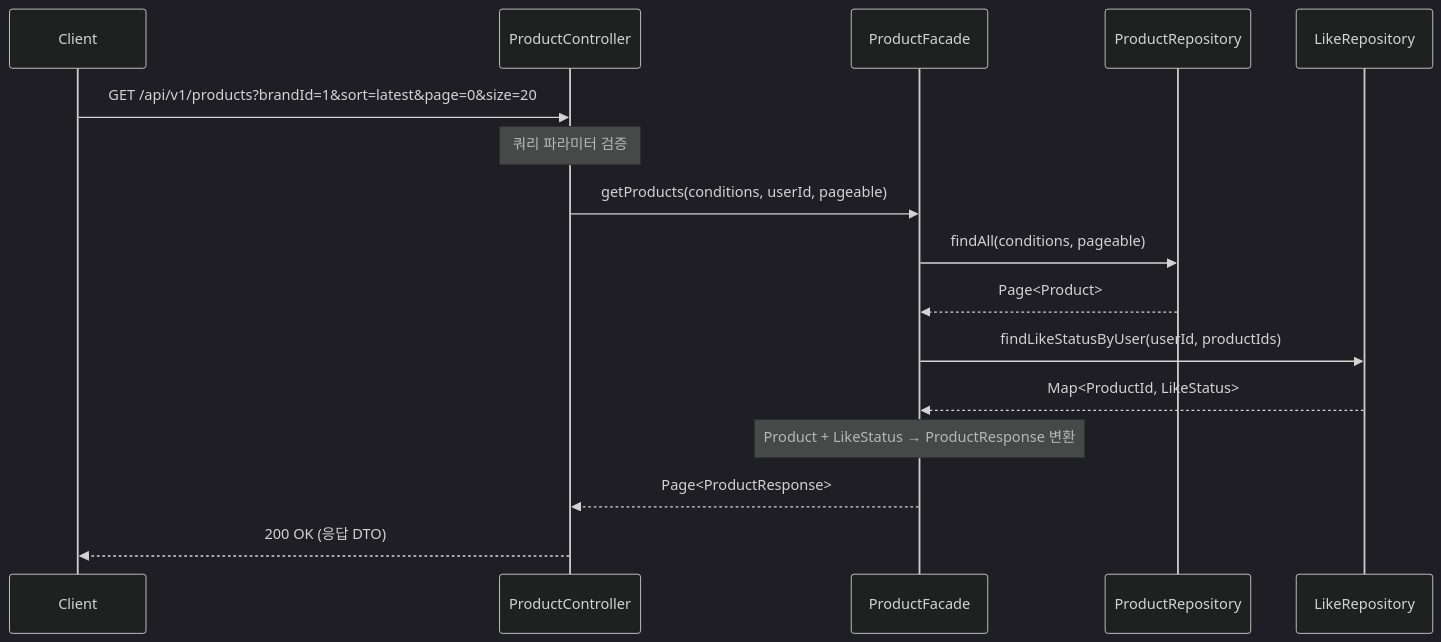
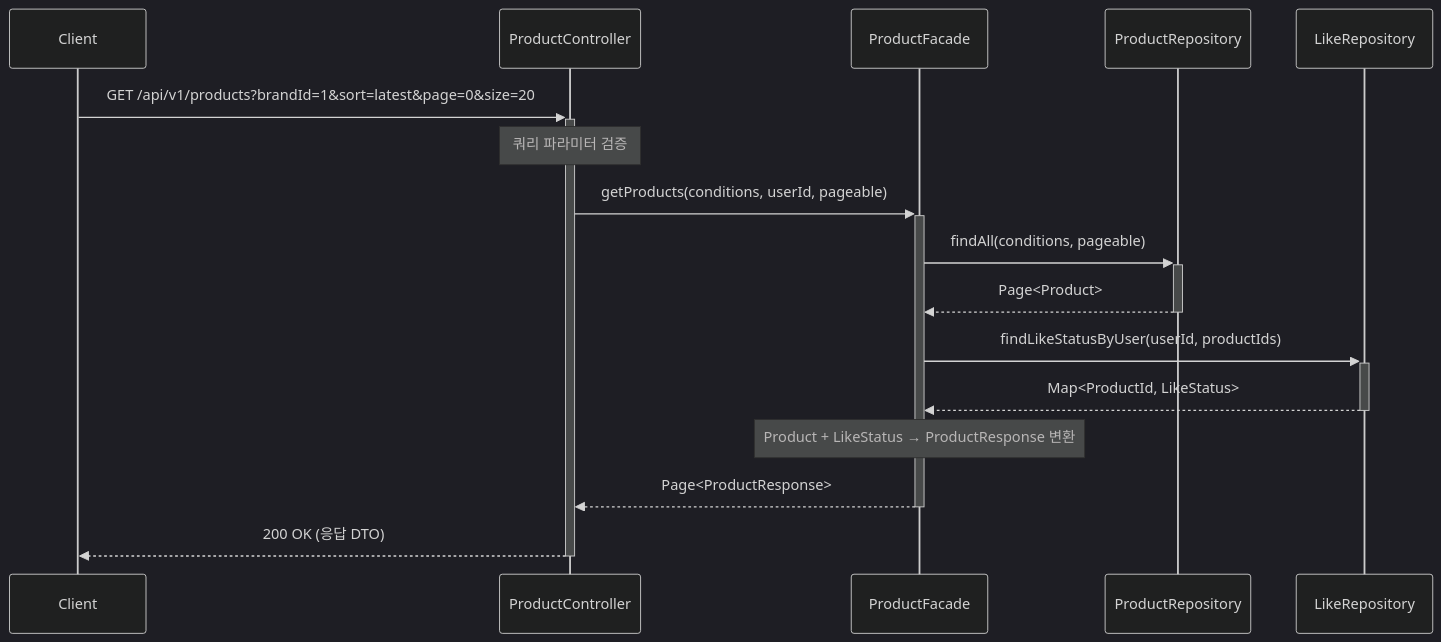
Before and after one commit to Loopers-dev-lab/loopers-spring-java-template: the first of 16 diagrams in docs/week2/02-sequence-diagrams.md, drawn with Mermaid (dark theme). The commit also changed other lines of this file, not shown here.

Commit message:
docs: 시퀀스 다이어그램 activation bar 추가

````diff
--- a/docs/week2/02-sequence-diagrams.md
+++ b/docs/week2/02-sequence-diagrams.md
@@ -42,24 +42,24 @@
 ```mermaid
 sequenceDiagram
     participant Client
     participant ProductController
     participant ProductFacade
     participant ProductRepository
     participant LikeRepository
 
-    Client->>ProductController: GET /api/v1/products?brandId=1&sort=latest&page=0&size=20
+    Client->>+ProductController: GET /api/v1/products?brandId=1&sort=latest&page=0&size=20
     Note over ProductController: 쿼리 파라미터 검증
 
-    ProductController->>ProductFacade: getProducts(conditions, userId, pageable)
+    ProductController->>+ProductFacade: getProducts(conditions, userId, pageable)
 
-    ProductFacade->>ProductRepository: findAll(conditions, pageable)
-    ProductRepository-->>ProductFacade: Page<Product>
+    ProductFacade->>+ProductRepository: findAll(conditions, pageable)
+    ProductRepository-->>-ProductFacade: Page<Product>
 
-    ProductFacade->>LikeRepository: findLikeStatusByUser(userId, productIds)
-    LikeRepository-->>ProductFacade: Map<ProductId, LikeStatus>
+    ProductFacade->>+LikeRepository: findLikeStatusByUser(userId, productIds)
+    LikeRepository-->>-ProductFacade: Map<ProductId, LikeStatus>
 
     Note over ProductFacade: Product + LikeStatus → ProductResponse 변환
 
-    ProductFacade-->>ProductController: Page<ProductResponse>
-    ProductController-->>Client: 200 OK (응답 DTO)
+    ProductFacade-->>-ProductController: Page<ProductResponse>
+    ProductController-->>-Client: 200 OK (응답 DTO)
 ```
````
